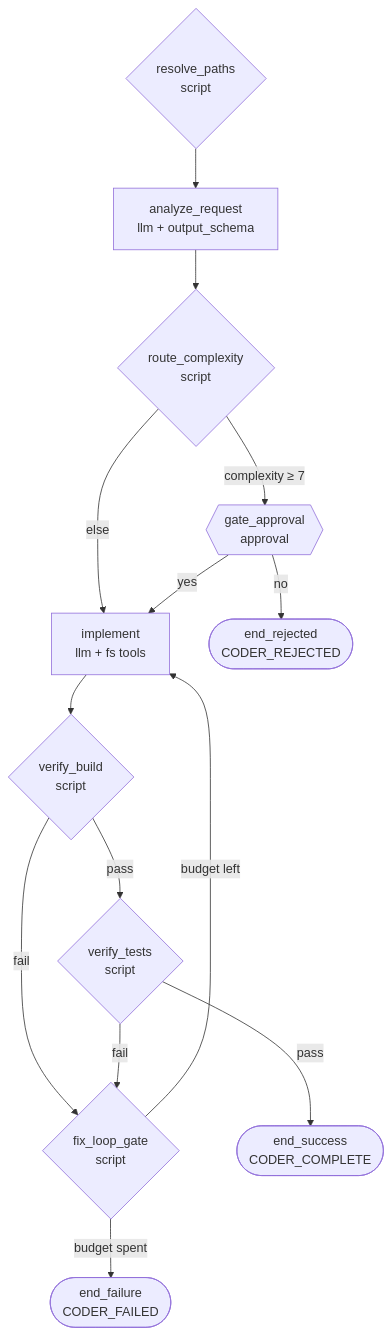
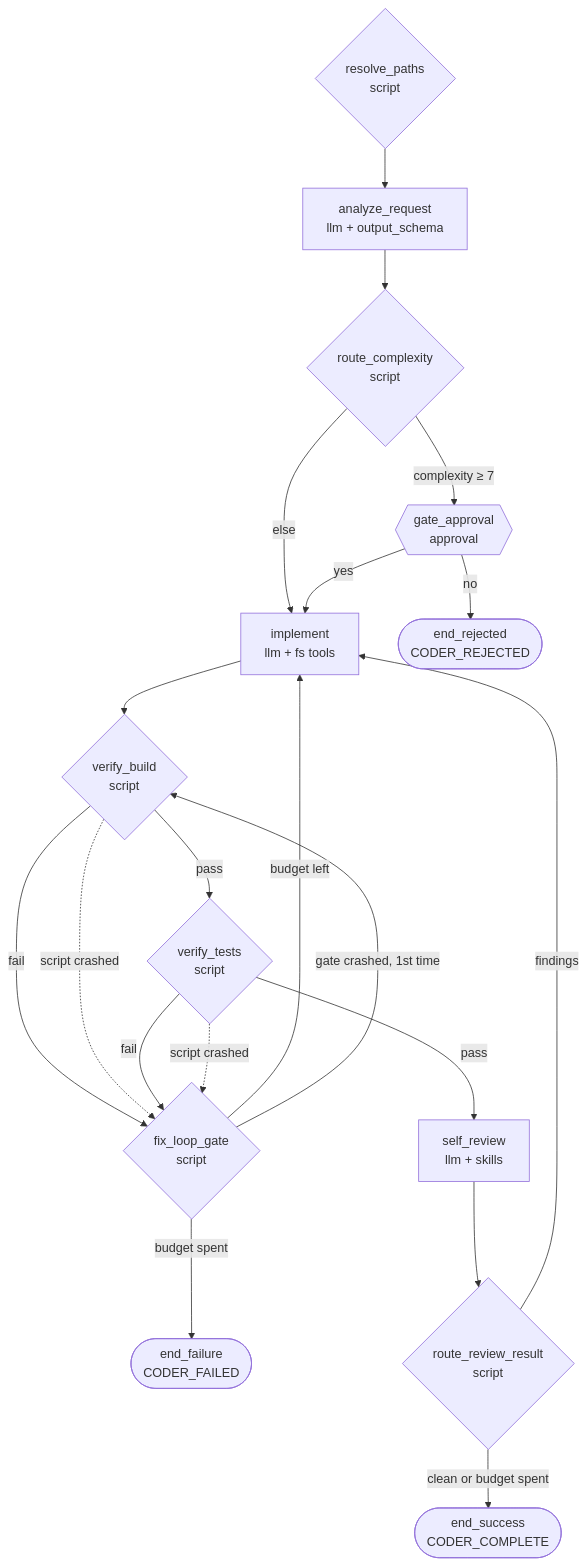
The diagram in assets/agents/coder/README.md (Dark-Alex-17/coyote), drawn with Mermaid before and after one commit. The commit also changed other lines of this file and 17 other files, not shown here.

Commit message:
fix: Stop the coder/step-runner fix loop from burning its budget when a verify gate crashes on a green suite

````diff
--- a/assets/agents/coder/README.md
+++ b/assets/agents/coder/README.md
@@ -13,25 +13,32 @@
 ```mermaid
 flowchart TD
     resolve_paths{"resolve_paths<br/>script"} --> analyze_request
     analyze_request["analyze_request<br/>llm + output_schema"] --> route_complexity
     route_complexity{"route_complexity<br/>script"}
     route_complexity -->|"complexity ≥ 7"| gate_approval
     route_complexity -->|else| implement
     gate_approval{{"gate_approval<br/>approval"}}
     gate_approval -->|yes| implement
     gate_approval -->|no| end_rejected
     implement["implement<br/>llm + fs tools"] --> verify_build
     verify_build{"verify_build<br/>script"}
     verify_build -->|pass| verify_tests
     verify_build -->|fail| fix_loop_gate
+    verify_build -. "script crashed" .-> fix_loop_gate
     verify_tests{"verify_tests<br/>script"}
-    verify_tests -->|pass| end_success
+    verify_tests -->|pass| self_review
     verify_tests -->|fail| fix_loop_gate
+    verify_tests -. "script crashed" .-> fix_loop_gate
     fix_loop_gate{"fix_loop_gate<br/>script"}
     fix_loop_gate -->|"budget left"| implement
     fix_loop_gate -->|"budget spent"| end_failure
+    fix_loop_gate -->|"gate crashed, 1st time"| verify_build
+    self_review["self_review<br/>llm + skills"] --> route_review_result
+    route_review_result{"route_review_result<br/>script"}
+    route_review_result -->|"clean or budget spent"| end_success
+    route_review_result -->|findings| implement
 
     end_success(["end_success<br/>CODER_COMPLETE"])
     end_rejected(["end_rejected<br/>CODER_REJECTED"])
     end_failure(["end_failure<br/>CODER_FAILED"])
 ```
````
